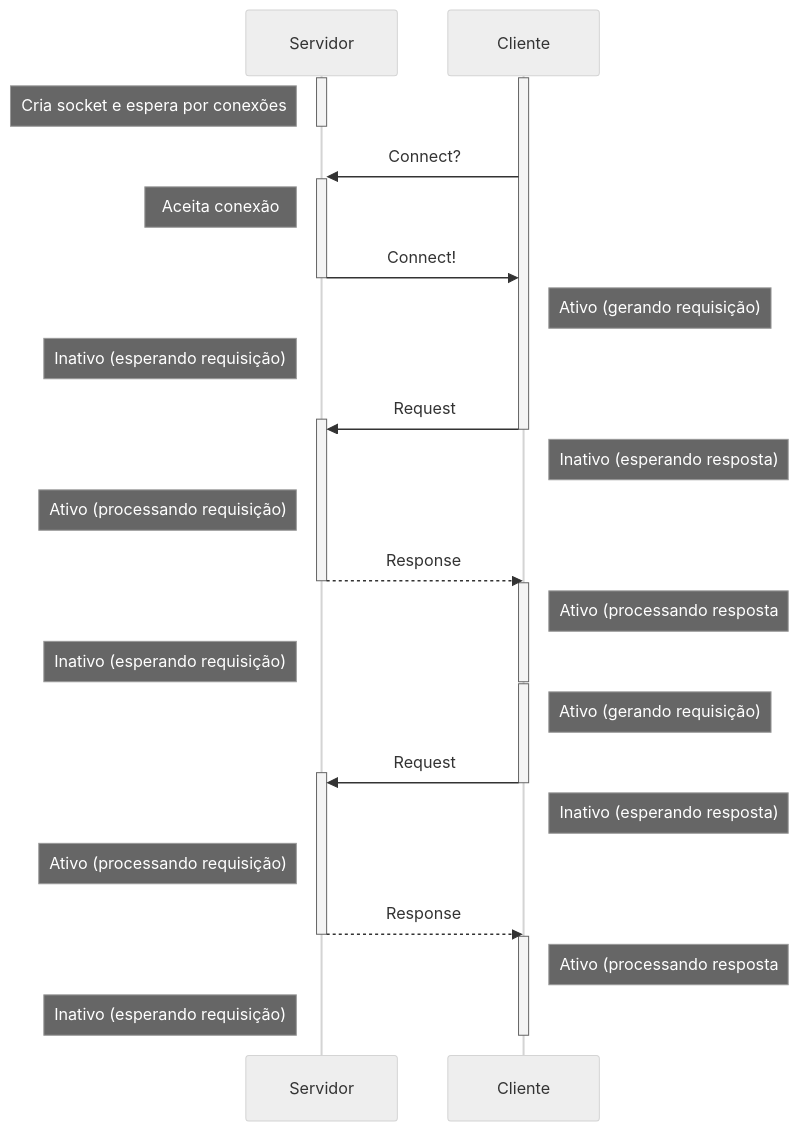
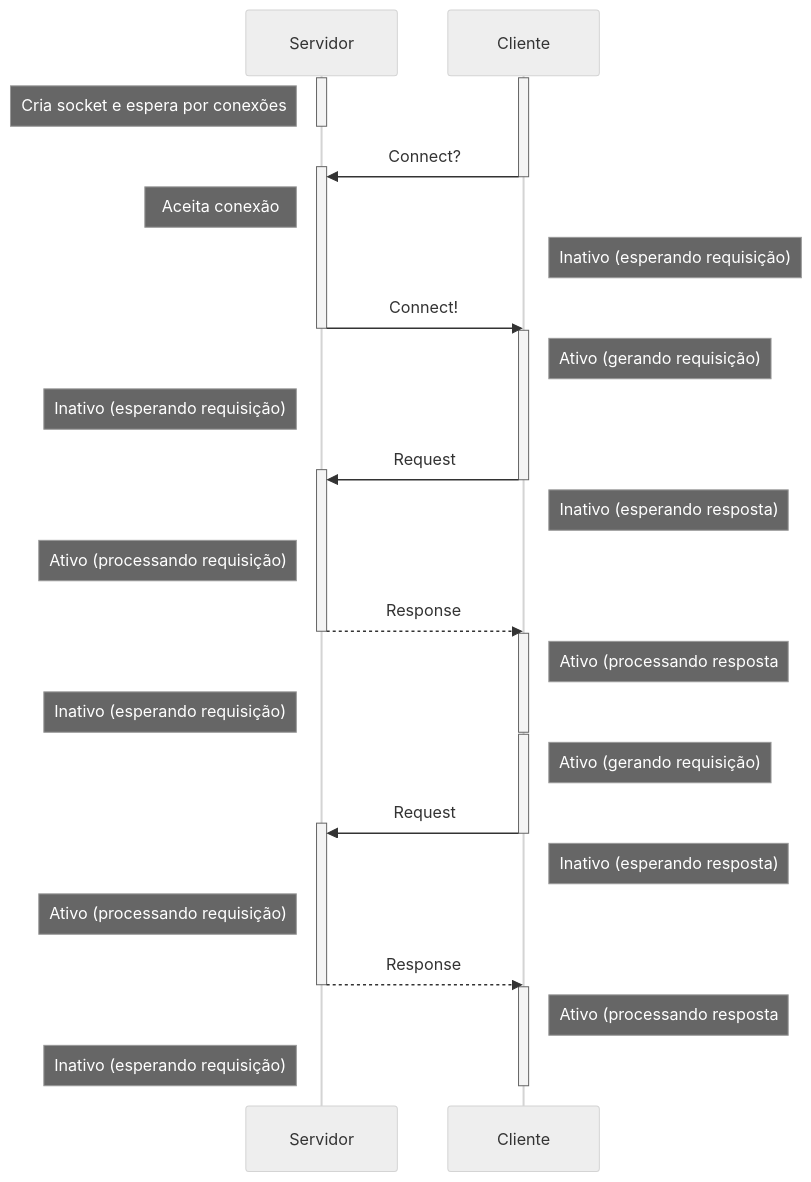
Before and after one commit to lasarojc/ds_notes: the third of 4 diagrams in docs/arch.md, drawn with Mermaid (neutral theme). The commit also changed other lines of this file and 3 other files, not shown here.

````diff
--- a/docs/arch.md
+++ b/docs/arch.md
@@ -62,37 +84,40 @@
 ```mermaid
 sequenceDiagram
     activate Servidor
     activate Cliente
     note left of Servidor: Cria socket e espera por conexões
     deactivate Servidor
 
     Cliente->>+Servidor: Connect?
+    deactivate Cliente
     note left of Servidor: Aceita conexão
+    note right of Cliente: Inativo (esperando requisição)
     Servidor->>-Cliente: Connect!
+    activate Cliente
 
 
 
     note right of Cliente: Ativo (gerando requisição)
     note left of Servidor: Inativo (esperando requisição)
     Cliente->>+Servidor: Request
     deactivate Cliente
     note right of Cliente: Inativo (esperando resposta)
     note left of Servidor: Ativo (processando requisição)
     Servidor-->>-Cliente: Response
     activate Cliente
     note right of Cliente: Ativo (processando resposta
     note left of Servidor: Inativo (esperando requisição)
     deactivate Cliente
 
     activate Cliente
     note right of Cliente: Ativo (gerando requisição)
     Cliente->>+Servidor: Request
     deactivate Cliente
     note right of Cliente: Inativo (esperando resposta)
     note left of Servidor: Ativo (processando requisição)
     Servidor-->>-Cliente: Response
     activate Cliente
     note right of Cliente: Ativo (processando resposta
     note left of Servidor: Inativo (esperando requisição)
     deactivate Cliente
 ```
````
